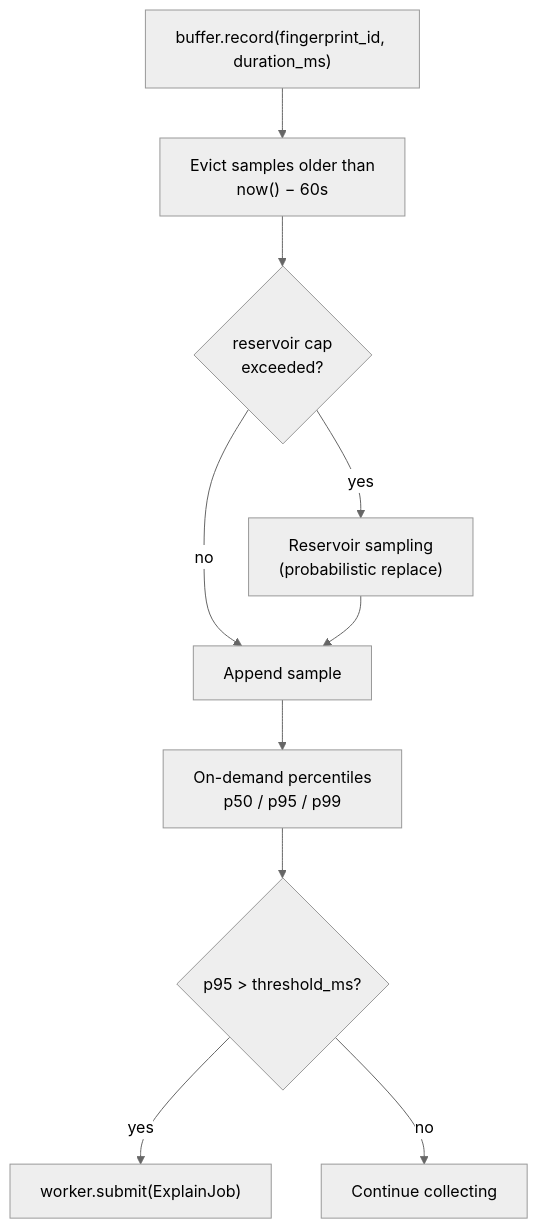
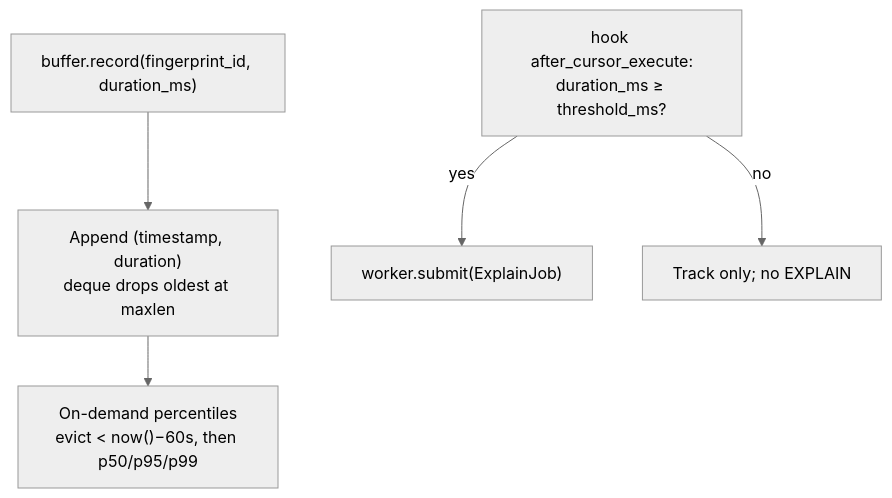
One commit to Abdul-Muizz1310/slowquery-detective changed the third of 4 diagrams in docs/ARCHITECTURE.md. Above: the diagram before and after it, drawn with Mermaid (neutral theme). The commit also changed other lines of this file and 6 other files, not shown here.

First line of the commit message:
docs: align README, architecture, and specs with audit fixes

````diff
--- a/docs/ARCHITECTURE.md
+++ b/docs/ARCHITECTURE.md
@@ -50,13 +50,9 @@
 ```mermaid
 flowchart TD
     Record["buffer.record(fingerprint_id, duration_ms)"]
-    Record --> Evict["Evict samples older than<br/>now() − 60s"]
-    Evict --> Cap{"reservoir cap<br/>exceeded?"}
-    Cap -- "no" --> Append["Append sample"]
-    Cap -- "yes" --> Reservoir["Reservoir sampling<br/>(probabilistic replace)"]
-    Reservoir --> Append
-    Append --> Stats["On-demand percentiles<br/>p50 / p95 / p99"]
-    Stats --> Threshold{"p95 > threshold_ms?"}
-    Threshold -- "yes" --> Submit["worker.submit(ExplainJob)"]
-    Threshold -- "no" --> Wait["Continue collecting"]
+    Record --> Append["Append (timestamp, duration)<br/>deque drops oldest at maxlen"]
+    Append --> Stats["On-demand percentiles<br/>evict &lt; now()−60s, then p50/p95/p99"]
+    Detect["hook after_cursor_execute:<br/>duration_ms ≥ threshold_ms?"]
+    Detect -- "yes" --> Submit["worker.submit(ExplainJob)"]
+    Detect -- "no" --> Wait["Track only; no EXPLAIN"]
 ```
````
